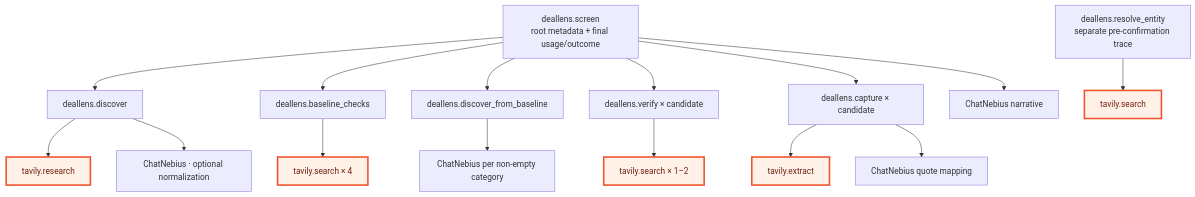
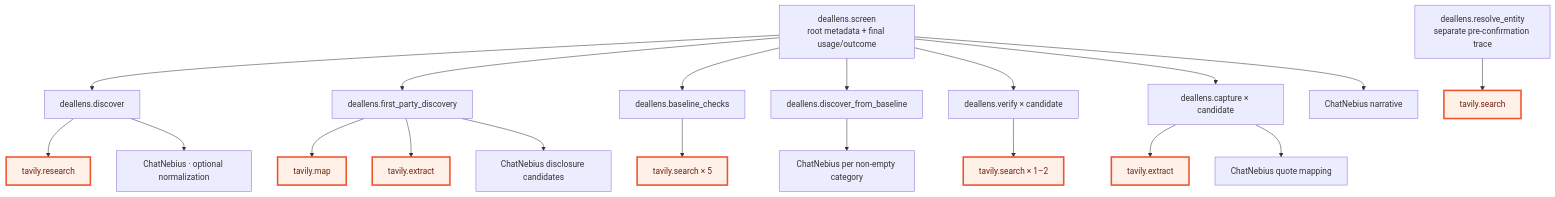
Before and after one commit to 0xtigerclaw/deal_lens: the seventh of 8 diagrams in docs/ARCHITECTURE.md, drawn with Mermaid. The commit also changed other lines of this file and 33 other files, not shown here.

````diff
--- a/docs/ARCHITECTURE.md
+++ b/docs/ARCHITECTURE.md
@@ -194,22 +209,26 @@
 ```mermaid
 flowchart TB
     Root["deallens.screen<br/>root metadata + final usage/outcome"]
     Root --> Discover["deallens.discover"]
     Discover --> Research["tavily.research"]
     Discover --> Normalize["ChatNebius · optional normalization"]
+    Root --> FirstParty["deallens.first_party_discovery"]
+    FirstParty --> Map["tavily.map"]
+    FirstParty --> MapExtract["tavily.extract"]
+    FirstParty --> MapLLM["ChatNebius disclosure candidates"]
     Root --> Baseline["deallens.baseline_checks"]
-    Baseline --> Search4["tavily.search × 4"]
+    Baseline --> Search4["tavily.search × 5"]
     Root --> Interpret["deallens.discover_from_baseline"]
     Interpret --> LLM1["ChatNebius per non-empty category"]
     Root --> Verify["deallens.verify × candidate"]
     Verify --> SearchN["tavily.search × 1–2"]
     Root --> Capture["deallens.capture × candidate"]
     Capture --> ExtractN["tavily.extract"]
     Capture --> LLM2["ChatNebius quote mapping"]
     Root --> NarrativeN["ChatNebius narrative"]
 
     Entity["deallens.resolve_entity<br/>separate pre-confirmation trace"] --> EntitySearch["tavily.search"]
 
     classDef tavily fill:#fff0e8,stroke:#f0522d,stroke-width:3px,color:#70230f
-    class Research,Search4,SearchN,ExtractN,EntitySearch tavily
+    class Research,Map,MapExtract,Search4,SearchN,ExtractN,EntitySearch tavily
 ```
````
